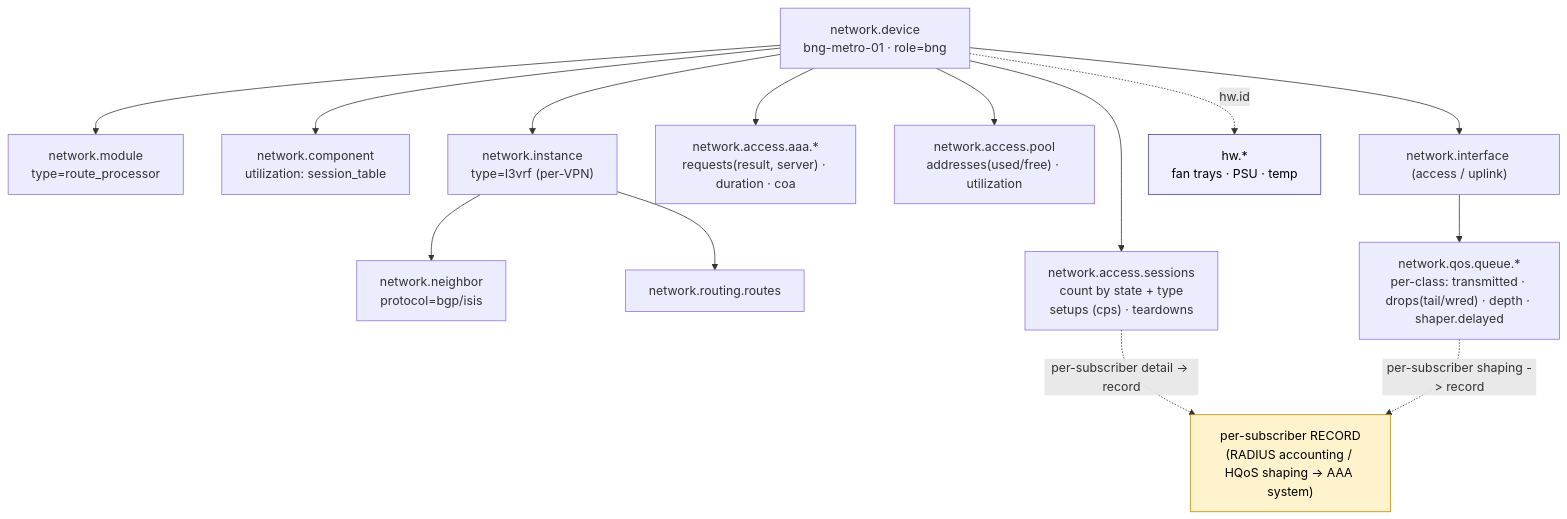
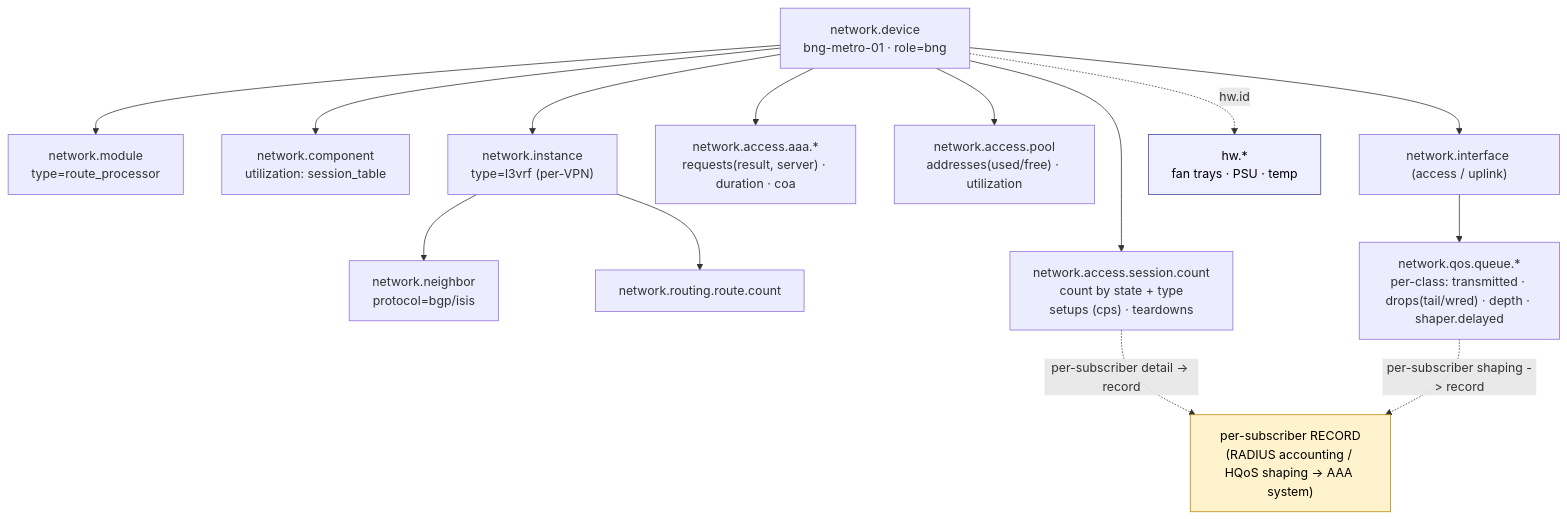
The diagram in examples/bng/README.md (jksmth/semantic-conventions-network), drawn with Mermaid before and after one commit. The commit also changed other lines of this file and 297 other files, not shown here.

````diff
--- a/examples/bng/README.md
+++ b/examples/bng/README.md
@@ -56,37 +56,37 @@
 ```mermaid
 graph TD
     BNG["network.device<br/>bng-metro-01 · role=bng"]
     RP["network.module<br/>type=route_processor"]
     NPU["network.component<br/>utilization: session_table"]
 
     INSTV["network.instance<br/>type=l3vrf (per-VPN)"]
     NBR["network.neighbor<br/>protocol=bgp/isis"]
-    RT["network.routing.routes"]
+    RT["network.routing.route.count"]
 
-    SESS["network.access.sessions<br/>count by state + type<br/>setups (cps) · teardowns"]
+    SESS["network.access.session.count<br/>count by state + type<br/>setups (cps) · teardowns"]
     AAA["network.access.aaa.*<br/>requests(result, server) · duration · coa"]
     POOL["network.access.pool<br/>addresses(used/free) · utilization"]
 
     IF["network.interface (access / uplink)"]
     QOS["network.qos.queue.*<br/>per-class: transmitted · drops(tail/wred) · depth · shaper.delayed"]
 
     REC["per-subscriber RECORD<br/>(RADIUS accounting / HQoS shaping -> AAA system)"]
     HW["hw.*<br/>fan trays · PSU · temp"]
 
     BNG --> RP
     BNG --> NPU
     BNG --> INSTV --> NBR
     INSTV --> RT
     BNG --> SESS
     BNG --> AAA
     BNG --> POOL
     BNG --> IF --> QOS
     SESS -. "per-subscriber detail -> record" .-> REC
     QOS -. "per-subscriber shaping -> record" .-> REC
     BNG -.->|hw.id| HW
 
     REC:::ext
     HW:::hw
     classDef ext fill:#fff3cd,stroke:#b80,color:#000;
     classDef hw fill:#eef,stroke:#449,color:#000;
 ```
````
